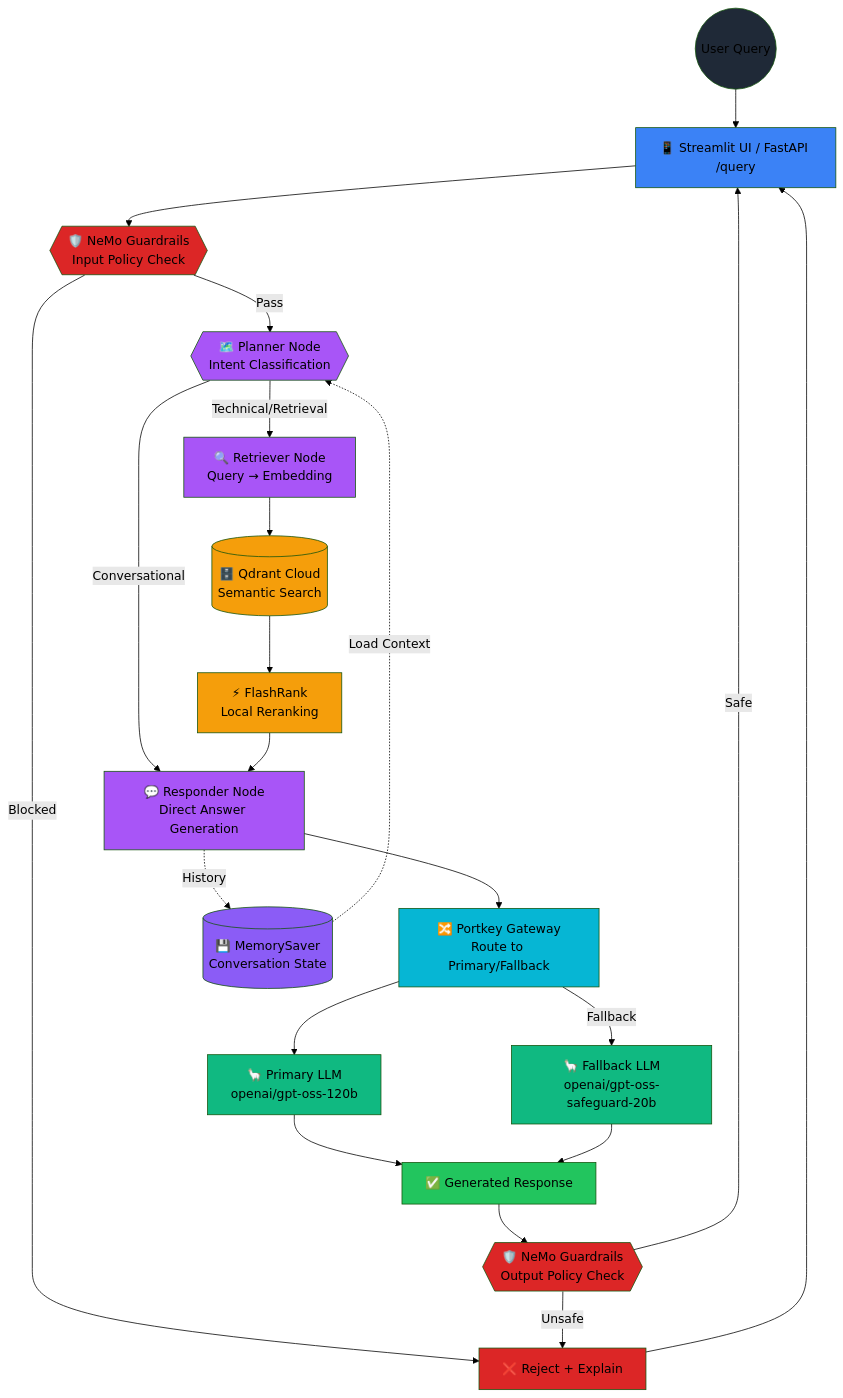
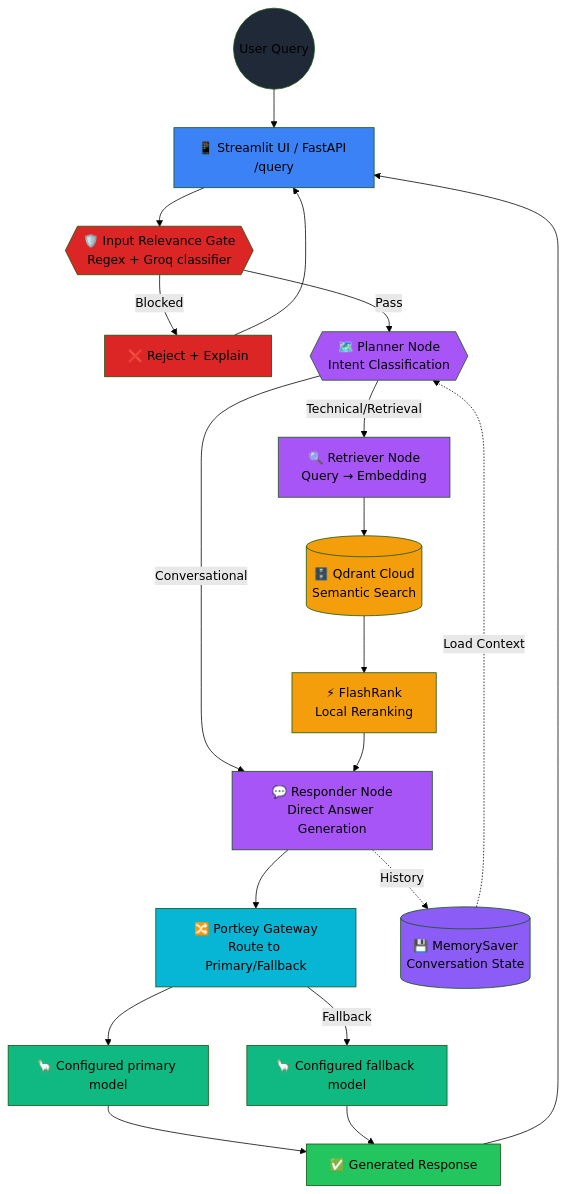
Before and after one commit to krunalp1908/Build-Production-Grade-RAG---Application: the diagram in README.md, drawn with Mermaid (forest theme). The commit also changed other lines of this file and 12 other files, not shown here.

First line of the commit message:
Refactor documentation for Portkey LLM Gateway integration and evaluation pipeline

````diff
--- a/README.md
+++ b/README.md
@@ -20,39 +20,36 @@
 ```mermaid
 graph TD
     User((User Query)) --> UI["📱 Streamlit UI / FastAPI /query"]
-    UI --> Guard{{"🛡️ NeMo Guardrails<br/>Input Policy Check"}}
+    UI --> Guard{{"🛡️ Input Relevance Gate<br/>Regex + Groq classifier"}}
     Guard -->|Blocked| Block["❌ Reject + Explain"]
     Block --> UI
     Guard -->|Pass| Planner{{"🗺️ Planner Node<br/>Intent Classification"}}
     Planner -->|Conversational| Responder["💬 Responder Node<br/>Direct Answer Generation"]
     Planner -->|Technical/Retrieval| Retriever["🔍 Retriever Node<br/>Query → Embedding"]
     Retriever --> QD[("🗄️ Qdrant Cloud<br/>Semantic Search")]
     QD --> Reranker["⚡ FlashRank<br/>Local Reranking"]
     Reranker --> Responder
     Responder --> GatewayNode["🔀 Portkey Gateway<br/>Route to Primary/Fallback"]
-    GatewayNode --> LLM1["🦙 Primary LLM<br/>openai/gpt-oss-120b"]
-    GatewayNode -->|Fallback| LLM2["🦙 Fallback LLM<br/>openai/gpt-oss-safeguard-20b"]
+    GatewayNode --> LLM1["🦙 Configured primary model"]
+    GatewayNode -->|Fallback| LLM2["🦙 Configured fallback model"]
     LLM1 --> Response["✅ Generated Response"]
     LLM2 --> Response
-    Response --> OutputGuard{{"🛡️ NeMo Guardrails<br/>Output Policy Check"}}
-    OutputGuard -->|Unsafe| Block
-    OutputGuard -->|Safe| UI
+    Response --> UI
     Responder -.->|History| Memory[("💾 MemorySaver<br/>Conversation State")]
     Memory -.->|Load Context| Planner
 
     style User fill:#1f2937
     style UI fill:#3b82f6
     style Guard fill:#dc2626
     style Planner fill:#a855f7
     style Retriever fill:#a855f7
     style Responder fill:#a855f7
     style QD fill:#f59e0b
     style Reranker fill:#f59e0b
     style GatewayNode fill:#06b6d4
     style LLM1 fill:#10b981
     style LLM2 fill:#10b981
     style Response fill:#22c55e
-    style OutputGuard fill:#dc2626
     style Memory fill:#8b5cf6
     style Block fill:#dc2626
 ```
````
